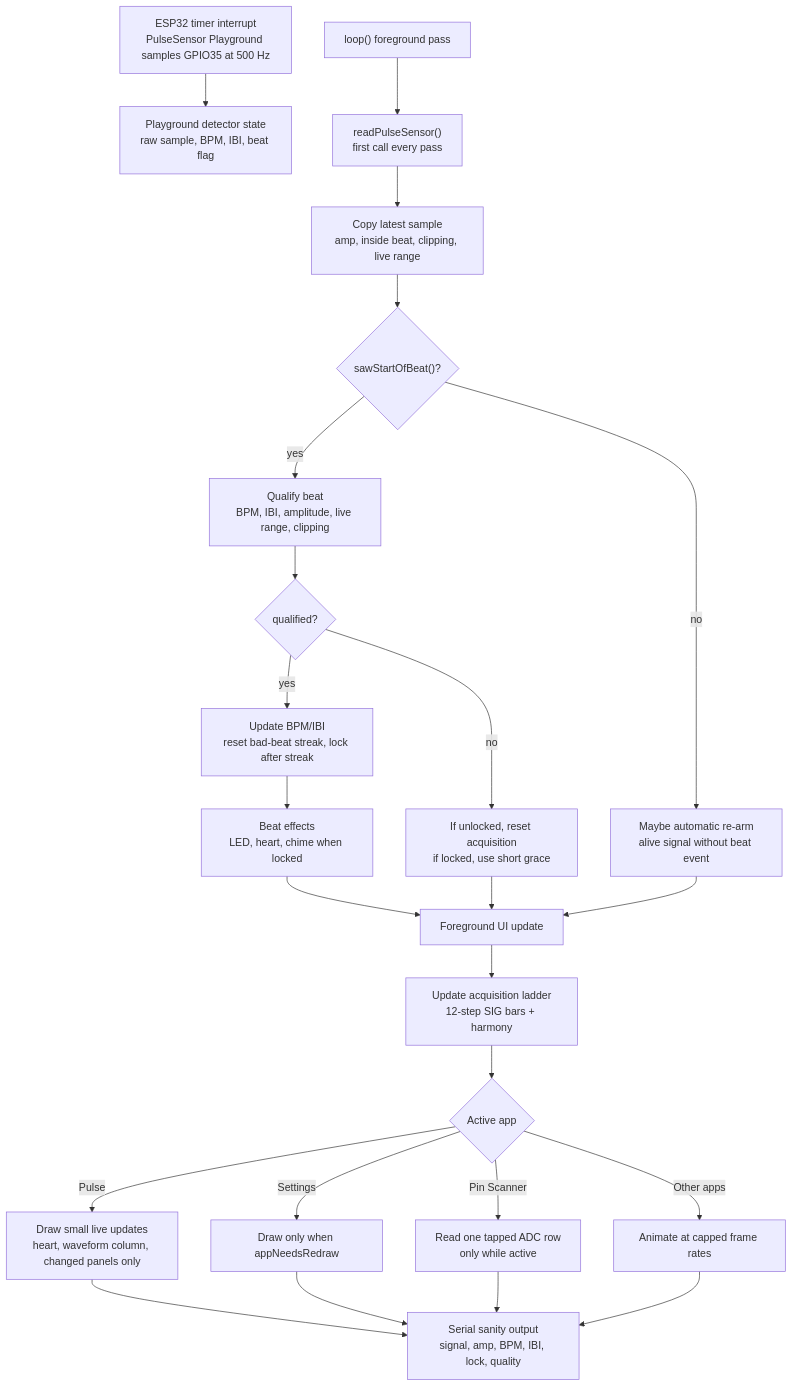
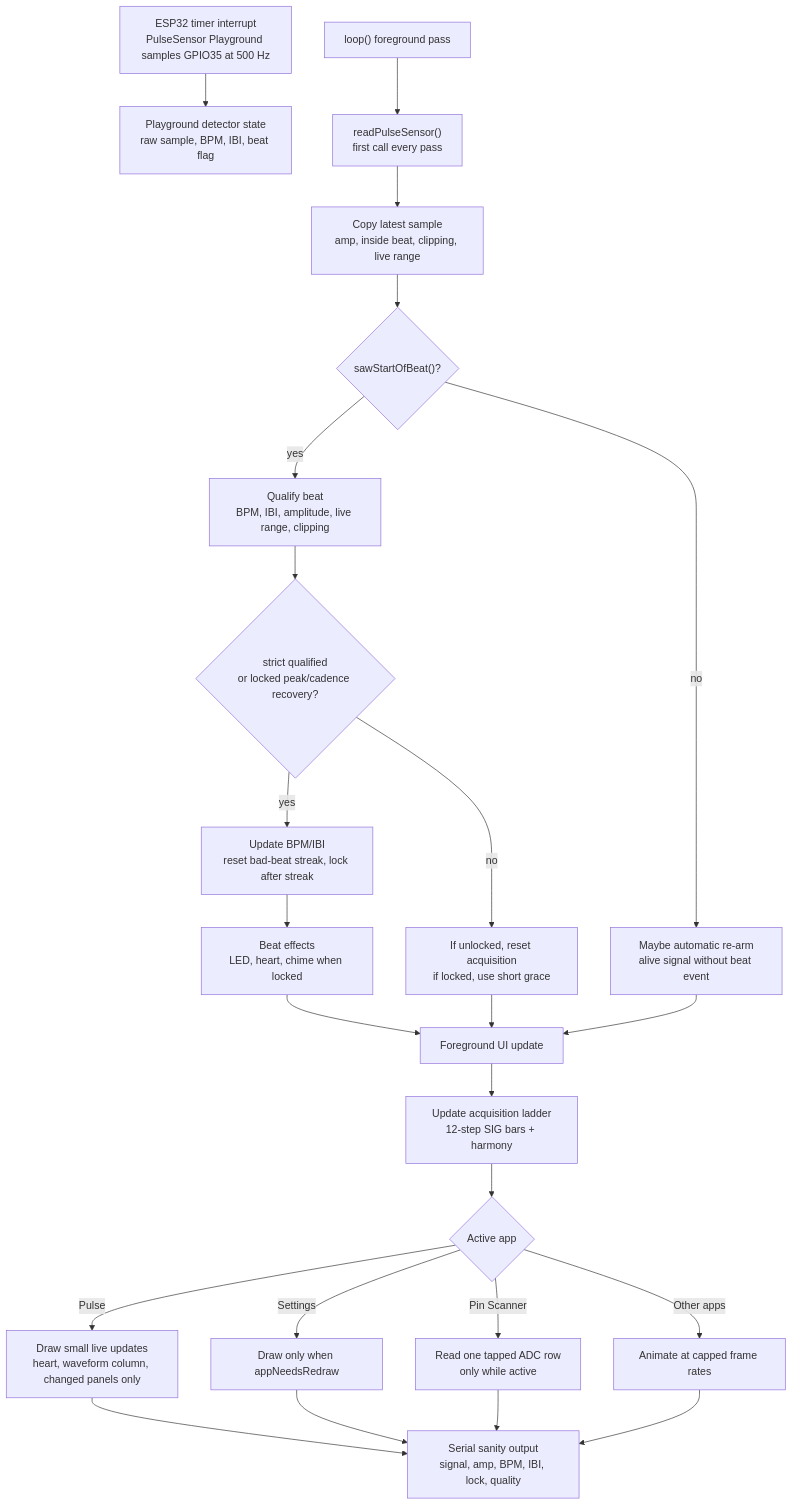
One commit to yury-g/CYD_App_Launcher changed the diagram in docs/signal-first-architecture.md. Above: the diagram before and after it, drawn with Mermaid. The commit also changed other lines of this file and 4 other files, not shown here.

Commit message:
Add locked peak cadence beat recovery 20260524-150000-EDT

````diff
--- a/docs/signal-first-architecture.md
+++ b/docs/signal-first-architecture.md
@@ -39,26 +46,26 @@
 ```mermaid
 flowchart TD
     A["ESP32 timer interrupt\nPulseSensor Playground samples GPIO35 at 500 Hz"] --> B["Playground detector state\nraw sample, BPM, IBI, beat flag"]
     C["loop() foreground pass"] --> D["readPulseSensor()\nfirst call every pass"]
     D --> E["Copy latest sample\namp, inside beat, clipping, live range"]
     E --> F{"sawStartOfBeat()?"}
     F -->|yes| G["Qualify beat\nBPM, IBI, amplitude, live range, clipping"]
     F -->|no| H["Maybe automatic re-arm\nalive signal without beat event"]
-    G --> I{"qualified?"}
+    G --> I{"strict qualified\nor locked peak/cadence recovery?"}
     I -->|yes| J["Update BPM/IBI\nreset bad-beat streak, lock after streak"]
     I -->|no| K["If unlocked, reset acquisition\nif locked, use short grace"]
     J --> L["Beat effects\nLED, heart, chime when locked"]
     K --> M["Foreground UI update"]
     H --> M
     L --> M
     M --> N["Update acquisition ladder\n12-step SIG bars + harmony"]
     N --> O{"Active app"}
     O -->|Pulse| P["Draw small live updates\nheart, waveform column, changed panels only"]
     O -->|Settings| Q["Draw only when appNeedsRedraw"]
     O -->|Pin Scanner| R["Read one tapped ADC row\nonly while active"]
     O -->|Other apps| S["Animate at capped frame rates"]
     P --> T["Serial sanity output\nsignal, amp, BPM, IBI, lock, quality"]
     Q --> T
     R --> T
     S --> T
 ```
````
